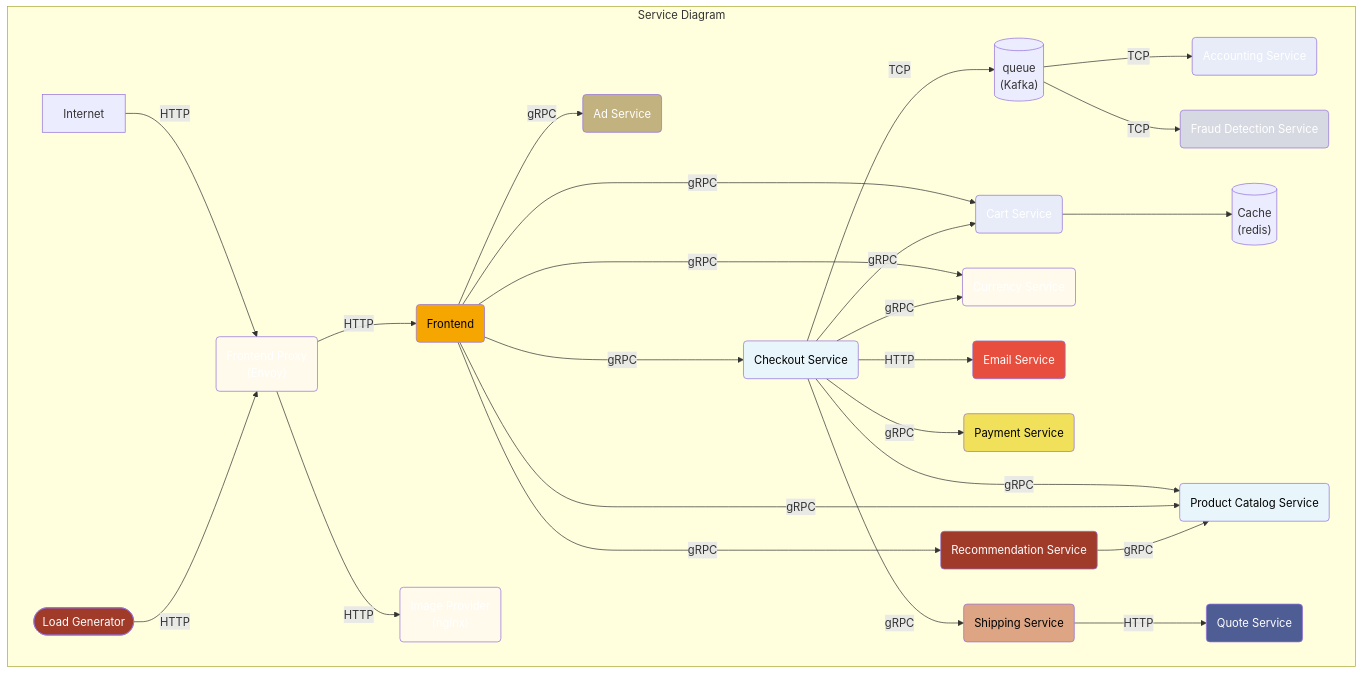
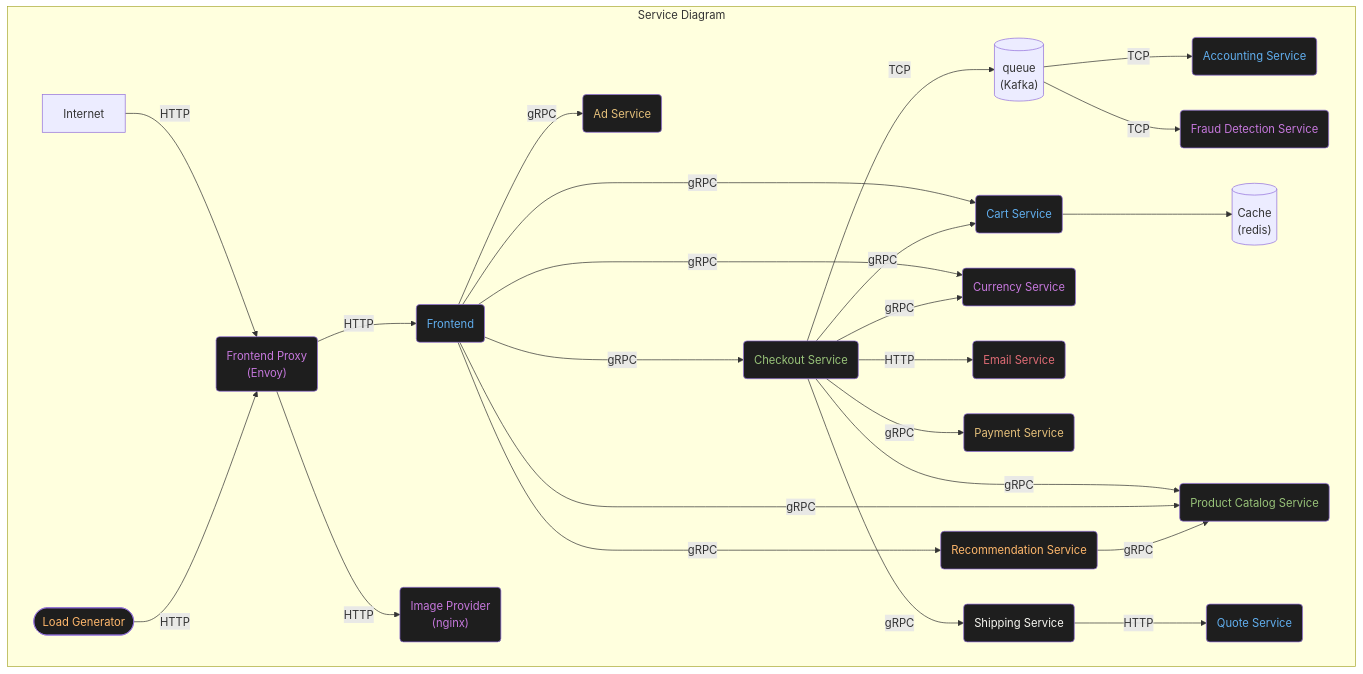
The first of 3 diagrams in content/en/docs/demo/architecture.md (open-telemetry/opentelemetry.io), drawn with Mermaid before and after one commit. The commit also changed other lines of this file, not shown here.

Commit message:
architecture.md

````diff
--- a/content/en/docs/demo/architecture.md
+++ b/content/en/docs/demo/architecture.md
@@ -12,63 +12,63 @@
 ```mermaid
 graph TD
 subgraph Service Diagram
 accountingservice(Accounting Service):::dotnet
 adservice(Ad Service):::java
 cache[(Cache<br/>&#40redis&#41)]
 cartservice(Cart Service):::dotnet
 checkoutservice(Checkout Service):::golang
 currencyservice(Currency Service):::cpp
 emailservice(Email Service):::ruby
 frauddetectionservice(Fraud Detection Service):::kotlin
 frontend(Frontend):::typescript
 frontendproxy(Frontend Proxy <br/>&#40Envoy&#41):::cpp
 imageprovider(Image Provider <br/>&#40nginx&#41):::cpp
 loadgenerator([Load Generator]):::python
 paymentservice(Payment Service):::javascript
 productcatalogservice(Product Catalog Service):::golang
 quoteservice(Quote Service):::php
 recommendationservice(Recommendation Service):::python
 shippingservice(Shipping Service):::rust
 queue[(queue<br/>&#40Kafka&#41)]
 
 Internet -->|HTTP| frontendproxy
 frontendproxy -->|HTTP| frontend
 loadgenerator -->|HTTP| frontendproxy
 frontendproxy -->|HTTP| imageprovider
 
 queue -->|TCP| accountingservice
 queue -->|TCP| frauddetectionservice
 
 frontend -->|gRPC| cartservice
 frontend -->|gRPC| currencyservice
 
 checkoutservice -->|gRPC| cartservice --> cache
 checkoutservice -->|gRPC| productcatalogservice
 checkoutservice -->|gRPC| currencyservice
 checkoutservice -->|HTTP| emailservice
 checkoutservice -->|gRPC| paymentservice
 checkoutservice -->|gRPC| shippingservice
 checkoutservice -->|TCP| queue
 
 frontend -->|gRPC| adservice
 frontend -->|gRPC| productcatalogservice
 frontend --->|gRPC| checkoutservice
 frontend ---->|gRPC| recommendationservice -->|gRPC| productcatalogservice
 
 shippingservice -->|HTTP| quoteservice
 
 end
 
-classDef dotnet fill:#E7ECF8,color:white;
-classDef cpp fill:#FFFAEB,color:white;
-classDef erlang fill:#A47B92,color:white;
-classDef golang fill:#E8F6FC,color:black;
-classDef java fill:#C2B280,color:white;
-classDef javascript fill:#F1E05A,color:black;
-classDef kotlin fill:#D6D9E1,color:white;
-classDef php fill:#4F5D95,color:white;
-classDef python fill:#A03B29,color:white;
-classDef ruby fill:#E84E3D,color:white;
-classDef rust fill:#DEA584,color:black;
-classDef typescript fill:#F6A600,color:black;
+classDef dotnet fill:#1E1E1E,color:#61AFEF;
+classDef cpp fill:#1E1E1E,color:#C678DD;
+classDef erlang fill:#1E1E1E,color:#E06C75;
+classDef golang fill:#1E1E1E,color:#98C379;
+classDef java fill:#1E1E1E,color:#E5C07B;
+classDef javascript fill:#1E1E1E,color:#E5C07B;
+classDef kotlin fill:#1E1E1E,color:#C678DD;
+classDef php fill:#1E1E1E,color:#61AFEF;
+classDef python fill:#1E1E1E,color:#FFB86C;
+classDef ruby fill:#1E1E1E,color:#E06C75;
+classDef rust fill:#1E1E1E,color:#F8F8F2;
+classDef typescript fill:#1E1E1E,color:#61AFEF;
 ```
````
